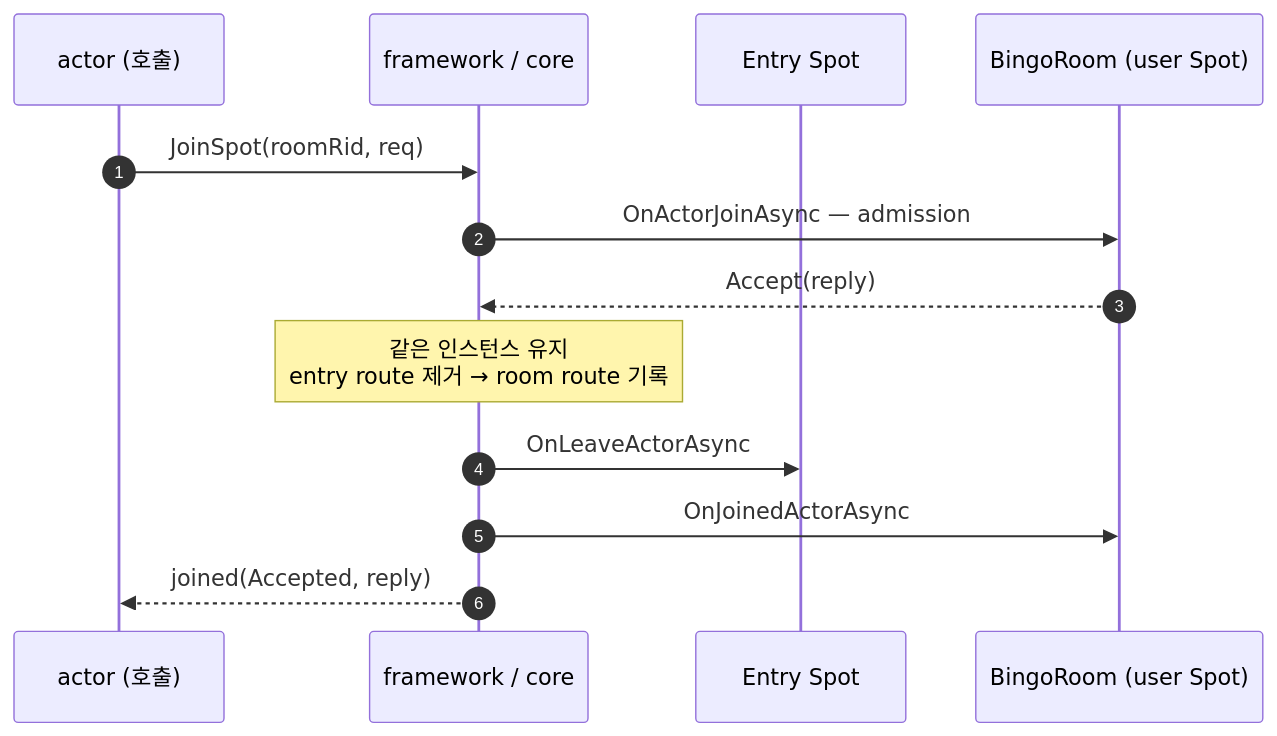
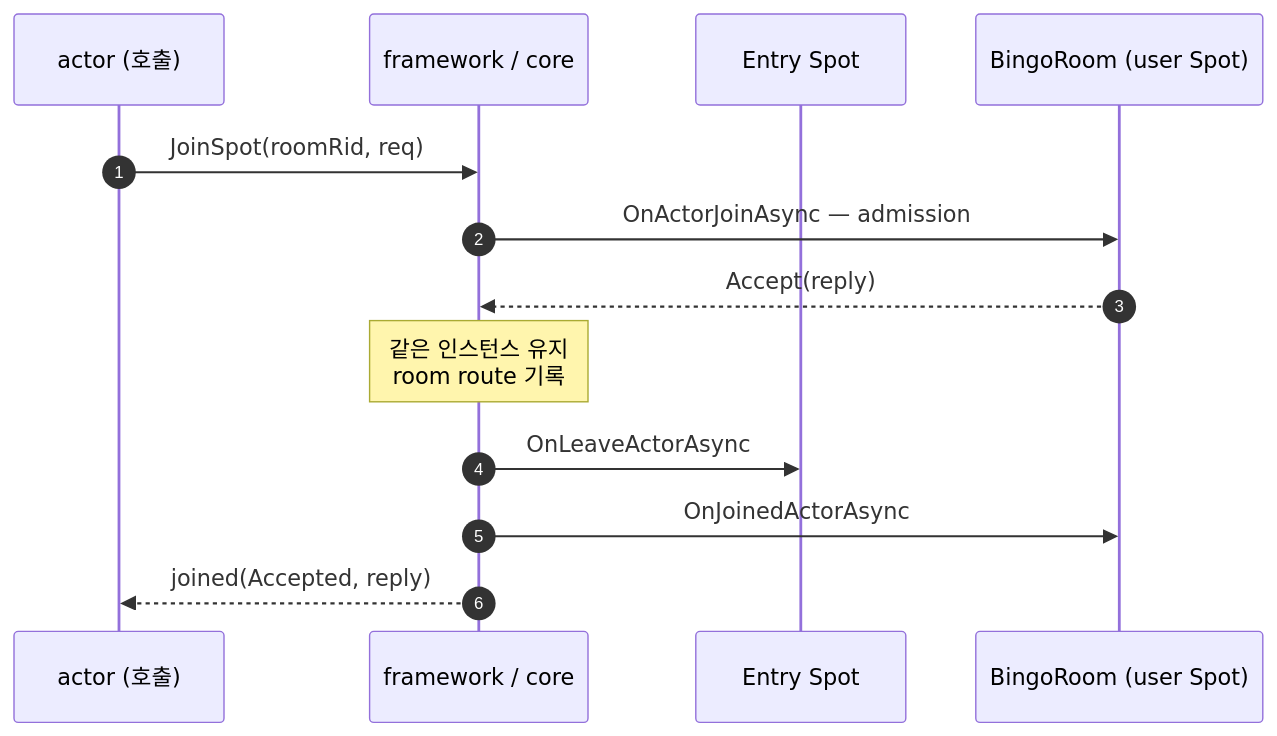
Before and after one commit to kairos-code-dev/zlink: the first of 2 diagrams in framework/doc/framework/dotnet/guide/06-actor-spot.ko.md, drawn with Mermaid. The commit also changed other lines of this file and 22 other files, not shown here.

````diff
--- a/framework/doc/framework/dotnet/guide/06-actor-spot.ko.md
+++ b/framework/doc/framework/dotnet/guide/06-actor-spot.ko.md
@@ -164,15 +164,15 @@
 ```mermaid
 sequenceDiagram
   autonumber
   participant A as actor (호출)
   participant FW as framework / core
   participant E as Entry Spot
   participant R as BingoRoom (user Spot)
   A->>FW: JoinSpot(roomRid, req)
   FW->>R: OnActorJoinAsync — admission
   R-->>FW: Accept(reply)
-  Note over FW: 같은 인스턴스 유지<br/>entry route 제거 → room route 기록
+  Note over FW: 같은 인스턴스 유지<br/>room route 기록
   FW->>E: OnLeaveActorAsync
   FW->>R: OnJoinedActorAsync
   FW-->>A: joined(Accepted, reply)
 ```
````
